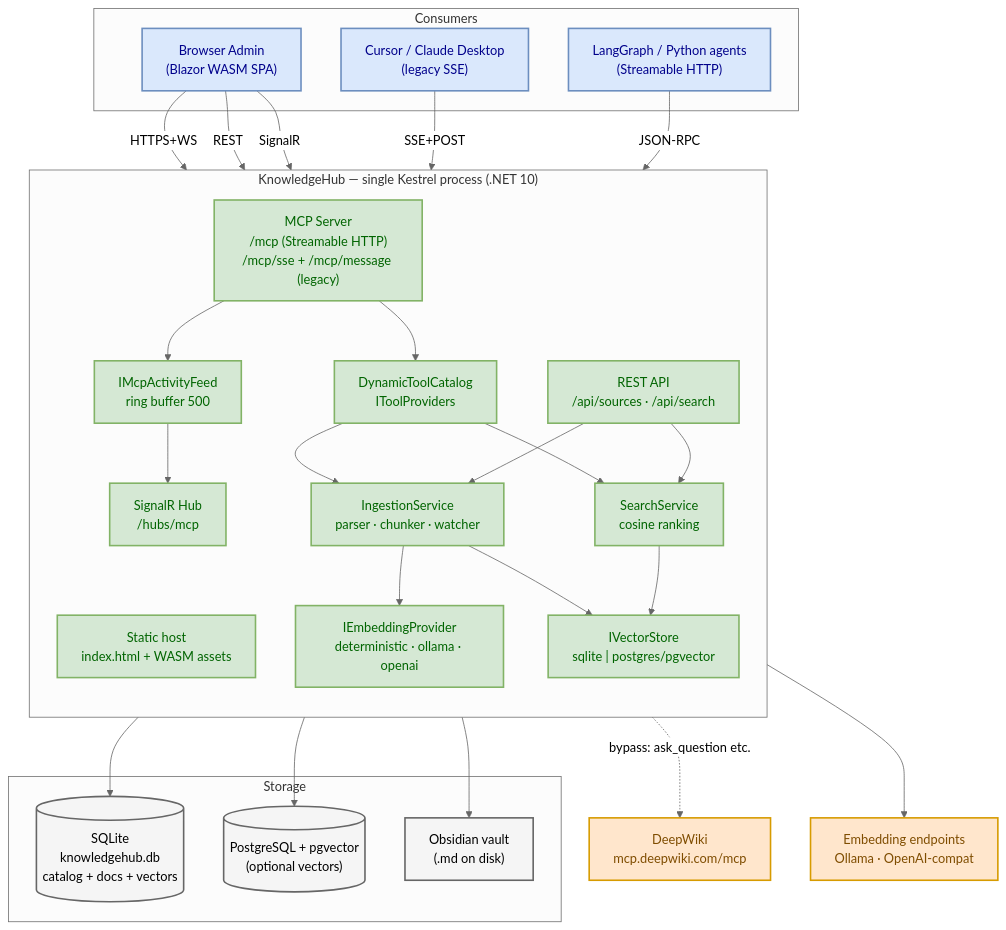
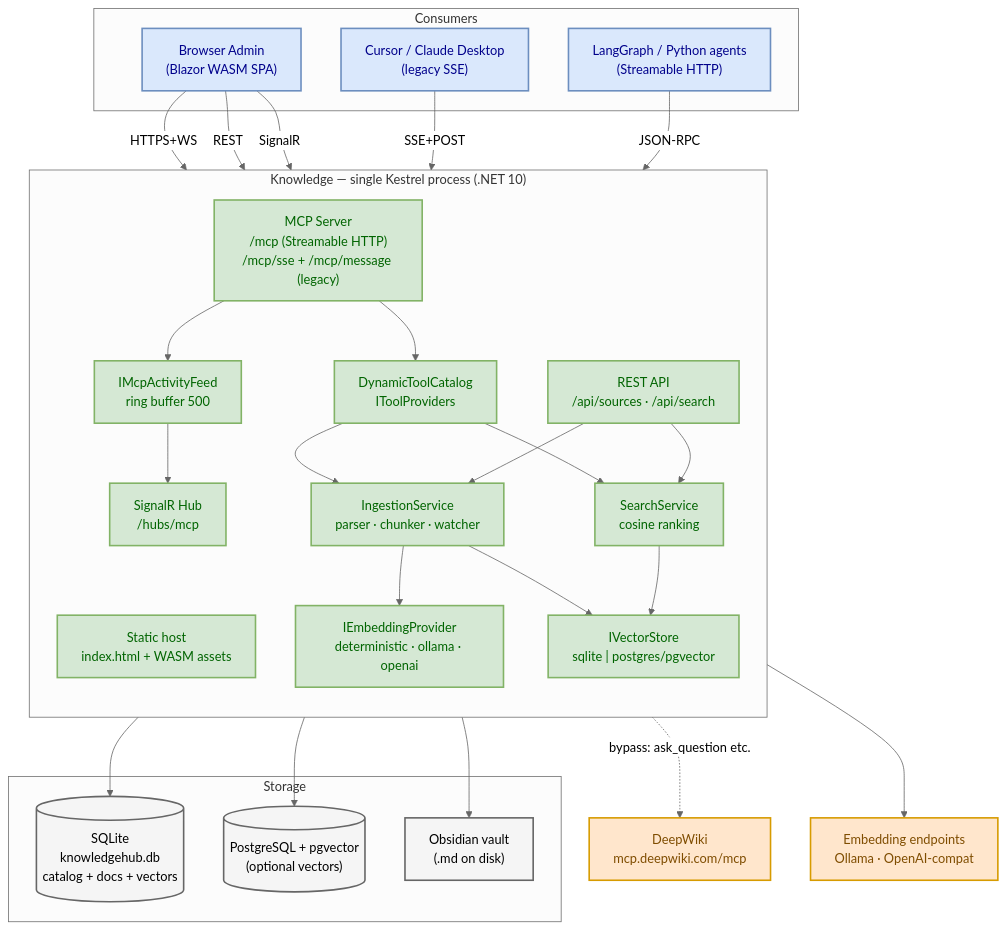
Before and after one commit to afonsoft/LangGraph-UI: the first of 3 diagrams in docs/architecture/system-architecture.md, drawn with Mermaid. The commit also changed other lines of this file and 26 other files, not shown here.

````diff
--- a/docs/architecture/system-architecture.md
+++ b/docs/architecture/system-architecture.md
@@ -9,63 +9,63 @@
 ```mermaid
 %%{init: {'theme':'neutral'}}%%
 flowchart TB
     subgraph Clients["Consumers"]
         UI["Browser Admin<br/>(Blazor WASM SPA)"]
         CUR["Cursor / Claude Desktop<br/>(legacy SSE)"]
         AG["LangGraph / Python agents<br/>(Streamable HTTP)"]
     end
 
-    subgraph KH["KnowledgeHub — single Kestrel process (.NET 10)"]
+    subgraph KH["Knowledge — single Kestrel process (.NET 10)"]
         direction TB
         SPA["Static host<br/>index.html + WASM assets"]
         API["REST API<br/>/api/sources · /api/search"]
         MCP["MCP Server<br/>/mcp (Streamable HTTP)<br/>/mcp/sse + /mcp/message (legacy)"]
         HUB["SignalR Hub<br/>/hubs/mcp"]
         CAT["DynamicToolCatalog<br/>IToolProviders"]
         ING["IngestionService<br/>parser · chunker · watcher"]
         SRCH["SearchService<br/>cosine ranking"]
         EMB["IEmbeddingProvider<br/>deterministic · ollama · openai"]
         VEC["IVectorStore<br/>sqlite | postgres/pgvector"]
         FEED["IMcpActivityFeed<br/>ring buffer 500"]
     end
 
     subgraph Stores["Storage"]
         SQL[("SQLite<br/>knowledgehub.db<br/>catalog + docs + vectors")]
         PG[("PostgreSQL + pgvector<br/>(optional vectors)")]
         VAULT["Obsidian vault<br/>(.md on disk)"]
     end
 
     DW["DeepWiki<br/>mcp.deepwiki.com/mcp"]
     LLM["Embedding endpoints<br/>Ollama · OpenAI-compat"]
 
     UI -->|HTTPS+WS| SPA
     UI -->|REST| API
     UI -->|SignalR| HUB
     CUR -->|SSE+POST| MCP
     AG -->|JSON-RPC| MCP
 
     MCP --> CAT
     MCP --> FEED
     FEED --> HUB
     CAT --> SRCH
     CAT --> ING
     API --> SRCH
     API --> ING
     ING --> EMB
     ING --> VAULT
     ING --> VEC
     SRCH --> VEC
     VEC --> SQL
     VEC --> PG
     EMB --> LLM
     CAT -.->|bypass: ask_question etc.| DW
 
     classDef client fill:#dae8fc,stroke:#6c8ebf,stroke-width:2px,color:darkblue
     classDef core fill:#d5e8d4,stroke:#82b366,stroke-width:2px,color:darkgreen
     classDef store fill:#f5f5f5,stroke:#666666,stroke-width:2px,color:black
     classDef ext fill:#ffe6cc,stroke:#d79b00,stroke-width:2px,color:#7f4d00
     class UI,CUR,AG client
     class SPA,API,MCP,HUB,CAT,ING,SRCH,EMB,VEC,FEED core
     class SQL,PG,VAULT store
     class DW,LLM ext
 ```
````
